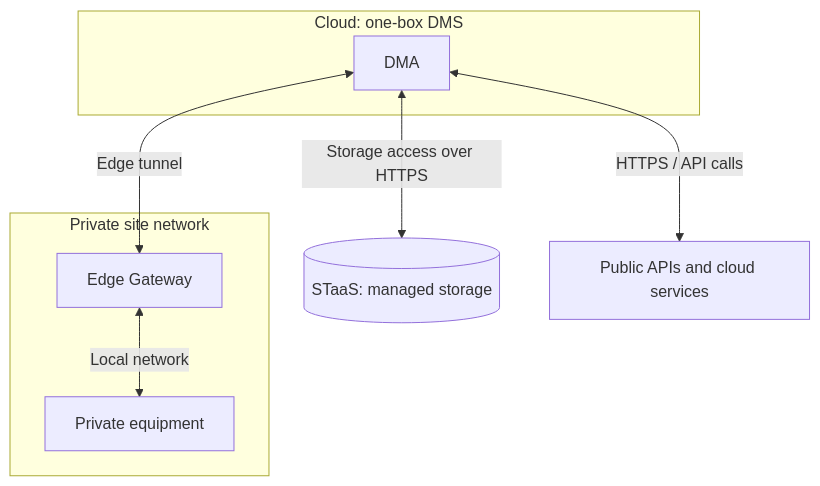
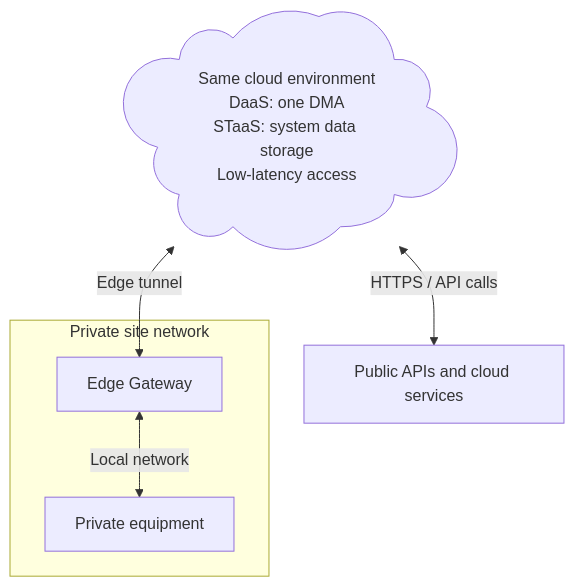
The first of 3 diagrams in dataminer/About_DataMiner/System_architectures/Topologies/Architecture_single_agent.md (SkylineCommunications/dataminer-docs), drawn with Mermaid before and after one commit. The commit also changed other lines of this file and 9 other files, not shown here.

Commit message:
Clarify cloud-hosted DaaS and connectivity diagrams

````diff
--- a/dataminer/About_DataMiner/System_architectures/Topologies/Architecture_single_agent.md
+++ b/dataminer/About_DataMiner/System_architectures/Topologies/Architecture_single_agent.md
@@ -33,16 +33,12 @@
 ```mermaid
 flowchart TB
-    subgraph Cloud["Cloud: one-box DMS"]
-        D["DMA"]
-    end
-    S[("STaaS: managed storage")]
+    Cloud@{ shape: cloud, label: "Same cloud environment<br/>DaaS: one DMA<br/>STaaS: system data storage<br/>Low-latency access" }
     P["Public APIs and cloud services"]
     subgraph Site["Private site network"]
         G["Edge Gateway"]
         E["Private equipment"]
     end
-    D <-->|"Storage access over HTTPS"| S
-    D <-->|"HTTPS / API calls"| P
-    D <-->|"Edge tunnel"| G
+    Cloud <-->|"HTTPS / API calls"| P
+    Cloud <-->|"Edge tunnel"| G
     G <-->|"Local network"| E
 ```
````
